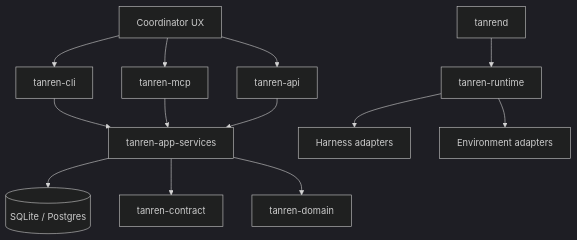
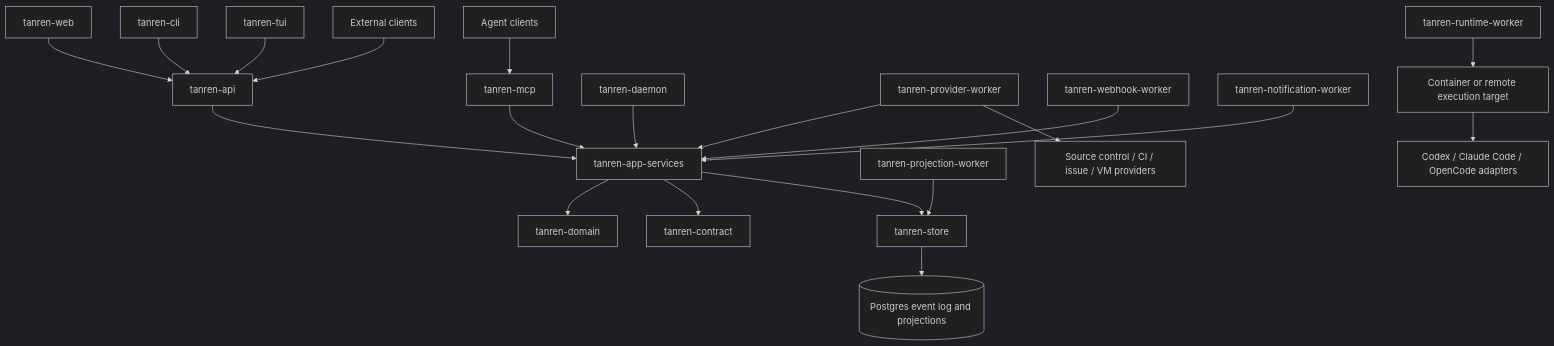
Before and after one commit to trevorWieland/tanren: the fourth of 4 diagrams in README.md, drawn with Mermaid (dark theme). The commit also changed other lines of this file and 429 other files, not shown here.

First line of the commit message:
docs: establish Tanren architecture revision roadmap (#115)

````diff
--- a/README.md
+++ b/README.md
@@ -127,18 +248,24 @@
 ```mermaid
 graph TD
-    COORD[Coordinator UX] --> CLI[tanren-cli]
-    COORD --> MCP[tanren-mcp]
-    COORD --> API[tanren-api]
+    WEB[tanren-web] --> API[tanren-api]
+    CLI[tanren-cli] --> API
+    TUI[tanren-tui] --> API
+    EXT[External clients] --> API
+    AGENT[Agent clients] --> MCP[tanren-mcp]
 
-    CLI --> APP[tanren-app-services]
+    API --> APP[tanren-app-services]
     MCP --> APP
-    API --> APP
+    APP --> DOMAIN[tanren-domain]
+    APP --> CONTRACT[tanren-contract]
+    APP --> STORE[tanren-store]
+    STORE --> PG[(Postgres event log and projections)]
 
-    APP --> STORE[(SQLite / Postgres)]
-    APP --> CONTRACT[tanren-contract]
-    APP --> DOMAIN[tanren-domain]
-
-    WORKER[tanrend] --> RUNTIME[tanren-runtime]
-    RUNTIME --> HARNESS[Harness adapters]
-    RUNTIME --> ENV[Environment adapters]
+    DAEMON[tanren-daemon] --> APP
+    PROJ[tanren-projection-worker] --> STORE
+    PROVIDER[tanren-provider-worker] --> APP
+    WEBHOOK[tanren-webhook-worker] --> APP
+    NOTIFY[tanren-notification-worker] --> APP
+    RUNTIME[tanren-runtime-worker] --> TARGET[Container or remote execution target]
+    TARGET --> HARNESS[Codex / Claude Code / OpenCode adapters]
+    PROVIDER --> SCM[Source control / CI / issue / VM providers]
 ```
````
